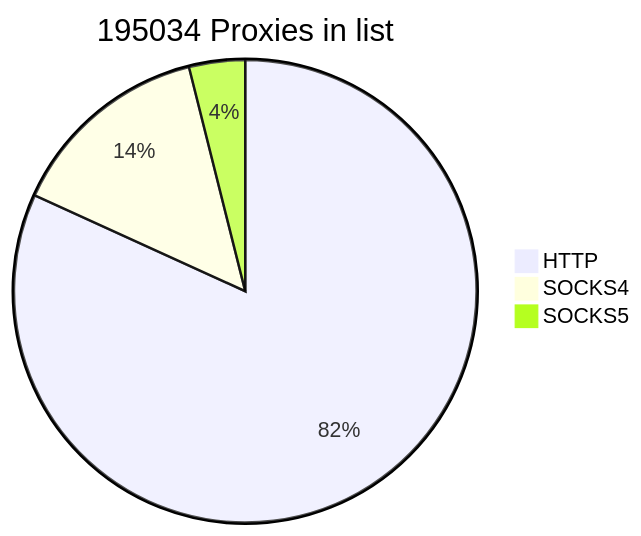
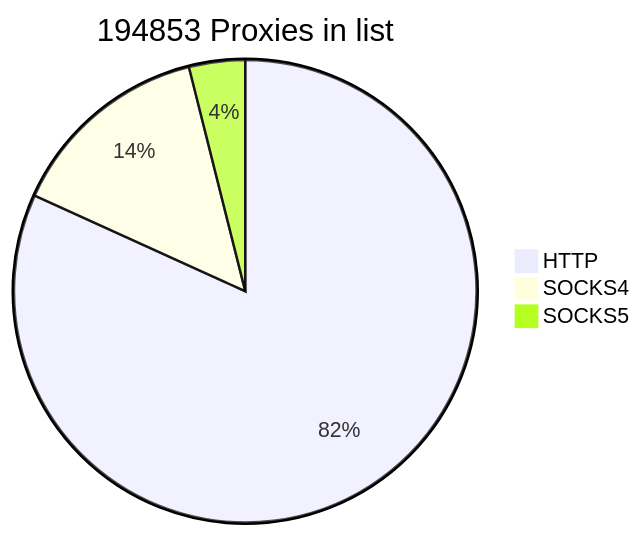
Before and after one commit to cutipu/proxylist: the first of 2 diagrams in README.md, drawn with Mermaid. The commit also changed other lines of this file, not shown here.

````diff
--- a/README.md
+++ b/README.md
@@ -2,7 +2,7 @@
 ```mermaid
-pie title 195034 Proxies in list
-    "HTTP" : 159549
-    "SOCKS4" : 27852
+pie title 194853 Proxies in list
+    "HTTP" : 159371
+    "SOCKS4" : 27849
     "SOCKS5" : 7633
             
 ```
````
